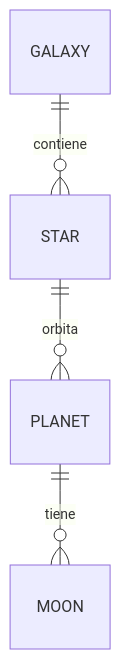
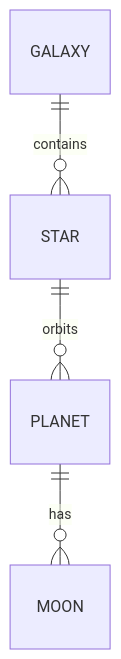
The diagram in README.md (Akisolu/database-universe), drawn with Mermaid before and after one commit. The commit also changed other lines of this file, not shown here.

````diff
--- a/README.md
+++ b/README.md
@@ -18,6 +18,6 @@
 ```mermaid
 erDiagram
-    GALAXY ||--o{ STAR : contiene
-    STAR ||--o{ PLANET : orbita
-    PLANET ||--o{ MOON : tiene
+GALAXY ||--o{ STAR : contains
+STAR ||--o{ PLANET : orbits
+PLANET ||--o{ MOON : has
 ```
````
